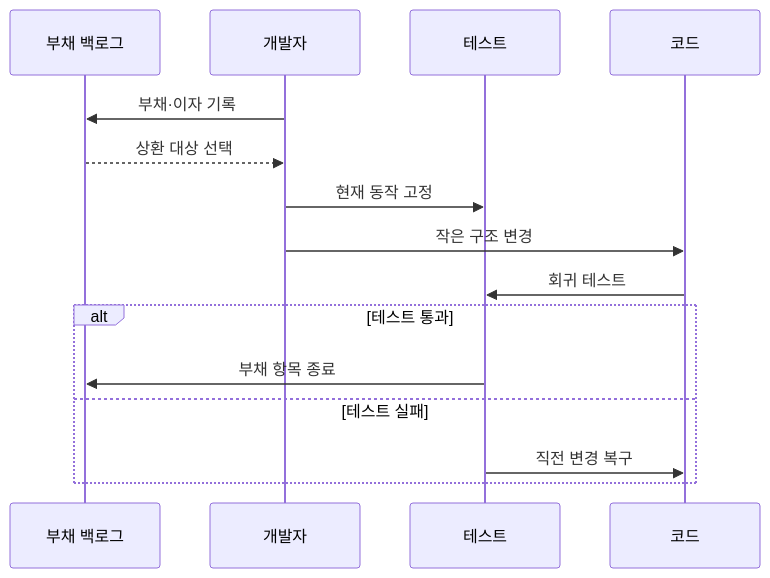
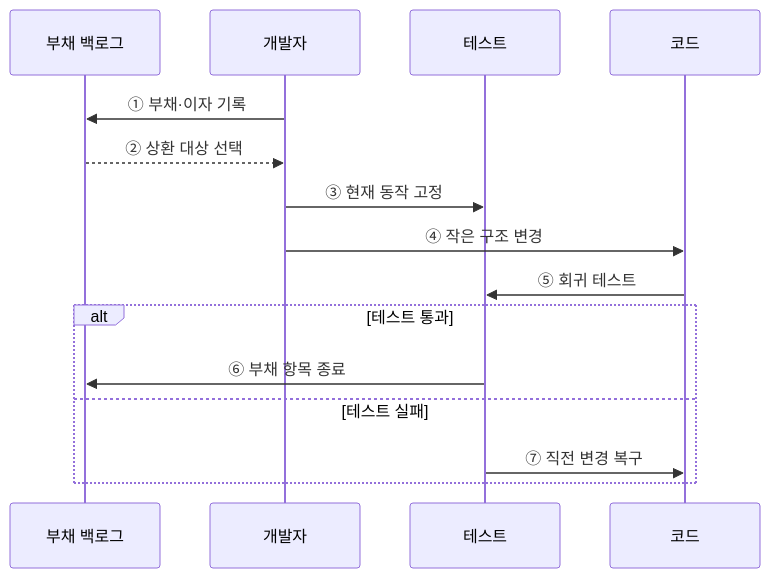
One commit to agnusdei1207/knowledge-base changed the second of 2 diagrams in src/content/docs/notes/03-software/065_refactoring_technical_debt.md. Above: the diagram before and after it, drawn with Mermaid. The commit also changed other lines of this file and 20 other files, not shown here.

````diff
--- a/src/content/docs/notes/03-software/065_refactoring_technical_debt.md
+++ b/src/content/docs/notes/03-software/065_refactoring_technical_debt.md
@@ -78,17 +67,17 @@
 ```mermaid
 sequenceDiagram
     participant B as 부채 백로그
     participant D as 개발자
     participant T as 테스트
     participant C as 코드
-    D->>B: 부채·이자 기록
-    B-->>D: 상환 대상 선택
-    D->>T: 현재 동작 고정
-    D->>C: 작은 구조 변경
-    C->>T: 회귀 테스트
+    D->>B: ① 부채·이자 기록
+    B-->>D: ② 상환 대상 선택
+    D->>T: ③ 현재 동작 고정
+    D->>C: ④ 작은 구조 변경
+    C->>T: ⑤ 회귀 테스트
     alt 테스트 통과
-        T->>B: 부채 항목 종료
+        T->>B: ⑥ 부채 항목 종료
     else 테스트 실패
-        T->>C: 직전 변경 복구
+        T->>C: ⑦ 직전 변경 복구
     end
 ```
````
